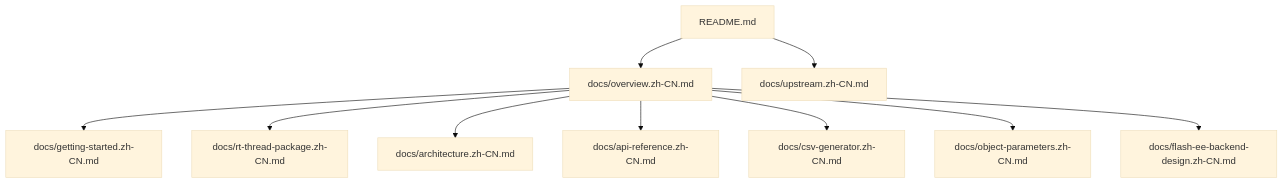
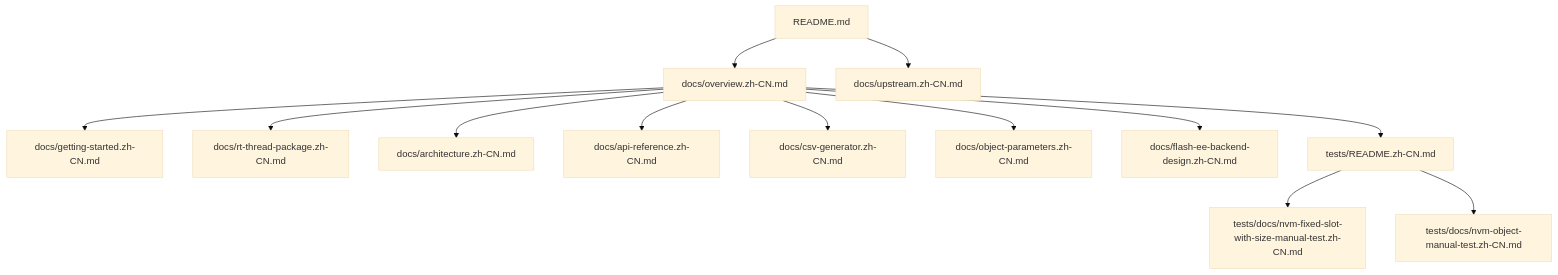
One commit to wdfk-prog/parameters changed the diagram in parameters/docs/overview.zh-CN.md. Above: the diagram before and after it, drawn with Mermaid (base theme). The commit also changed other lines of this file and 33 other files, not shown here.

First line of the commit message:
docs[PARAM][TEST]: add runtime and NVM test documentation

````diff
--- a/parameters/docs/overview.zh-CN.md
+++ b/parameters/docs/overview.zh-CN.md
@@ -34,12 +39,15 @@
 ```mermaid
 flowchart TD
     Root[README.md] --> Overview[docs/overview.zh-CN.md]
     Root --> Upstream[docs/upstream.zh-CN.md]
     Overview --> Start[docs/getting-started.zh-CN.md]
     Overview --> RTT[docs/rt-thread-package.zh-CN.md]
     Overview --> Arch[docs/architecture.zh-CN.md]
     Overview --> API[docs/api-reference.zh-CN.md]
     Overview --> CSV[docs/csv-generator.zh-CN.md]
     Overview --> Obj[docs/object-parameters.zh-CN.md]
     Overview --> Flash[docs/flash-ee-backend-design.zh-CN.md]
+    Overview --> TestOverview[tests/README.zh-CN.md]
+    TestOverview --> NVMTest[tests/docs/nvm-fixed-slot-with-size-manual-test.zh-CN.md]
+    TestOverview --> ObjNVMTest[tests/docs/nvm-object-manual-test.zh-CN.md]
 ```
````
